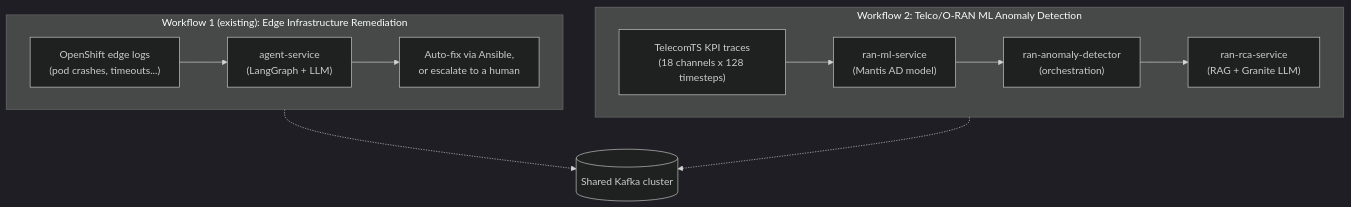
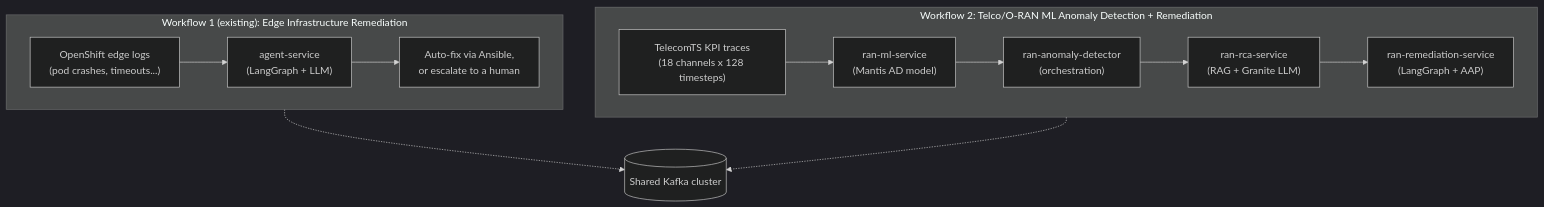
Before and after one commit to Alan0893/ai-driven-network-remediation: the first of 2 diagrams in docs/telco-oran-anomaly-detection.md, drawn with Mermaid (dark theme). The commit also changed other lines of this file and 34 other files, not shown here.

First line of the commit message:
feat(telco): add ran-remediation-service to complete detect→explain→act→confirm loop

````diff
--- a/docs/telco-oran-anomaly-detection.md
+++ b/docs/telco-oran-anomaly-detection.md
@@ -45,16 +45,16 @@
 ```mermaid
 flowchart TB
     subgraph wf1 ["Workflow 1 (existing): Edge Infrastructure Remediation"]
         direction LR
         w1in["OpenShift edge logs\n(pod crashes, timeouts...)"] --> w1proc["agent-service\n(LangGraph + LLM)"] --> w1out["Auto-fix via Ansible,\nor escalate to a human"]
     end
 
-    subgraph wf2 ["Workflow 2: Telco/O-RAN ML Anomaly Detection"]
+    subgraph wf2 ["Workflow 2: Telco/O-RAN ML Anomaly Detection + Remediation"]
         direction LR
-        w2in["TelecomTS KPI traces\n(18 channels x 128 timesteps)"] --> w2ml["ran-ml-service\n(Mantis AD model)"] --> w2det["ran-anomaly-detector\n(orchestration)"] --> w2rca["ran-rca-service\n(RAG + Granite LLM)"]
+        w2in["TelecomTS KPI traces\n(18 channels x 128 timesteps)"] --> w2ml["ran-ml-service\n(Mantis AD model)"] --> w2det["ran-anomaly-detector\n(orchestration)"] --> w2rca["ran-rca-service\n(RAG + Granite LLM)"] --> w2rem["ran-remediation-service\n(LangGraph + AAP)"]
     end
 
     kafka[("Shared Kafka cluster")]
     wf1 -.-> kafka
     wf2 -.-> kafka
 ```
````
